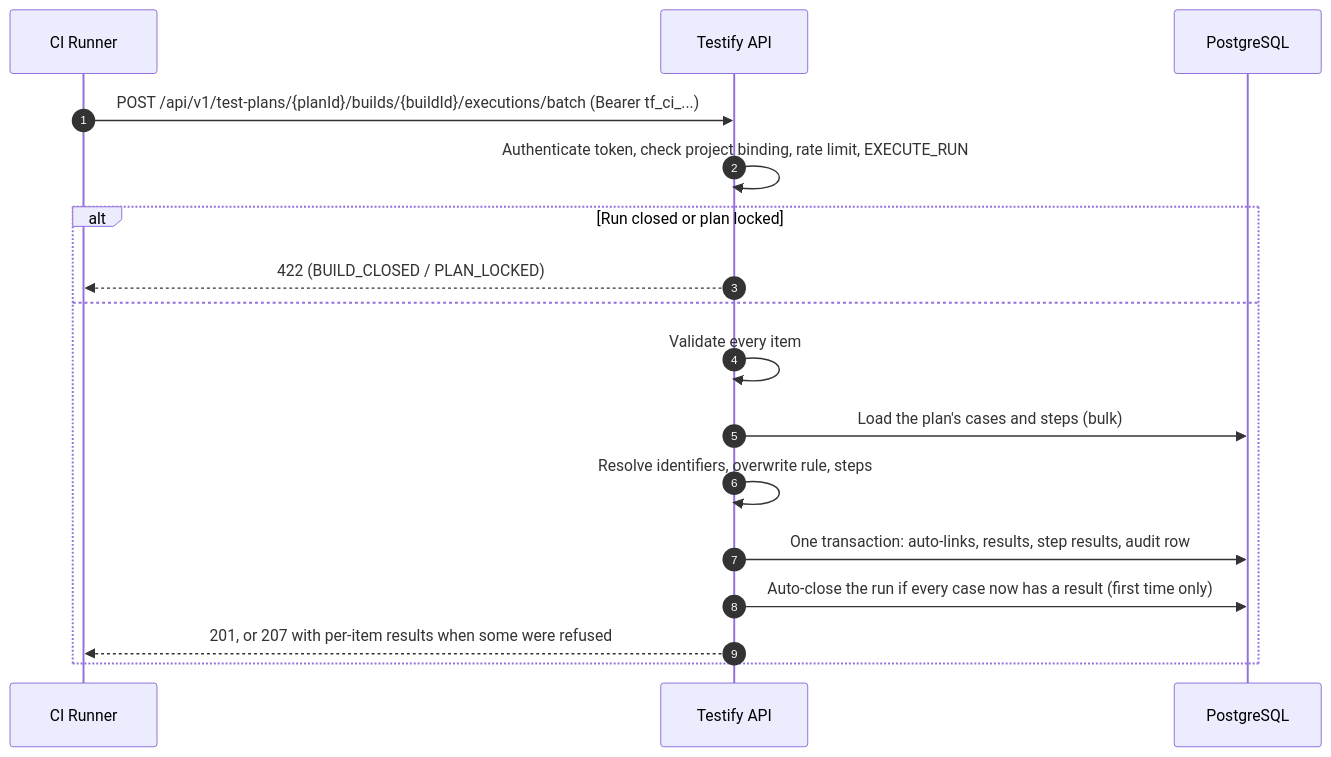
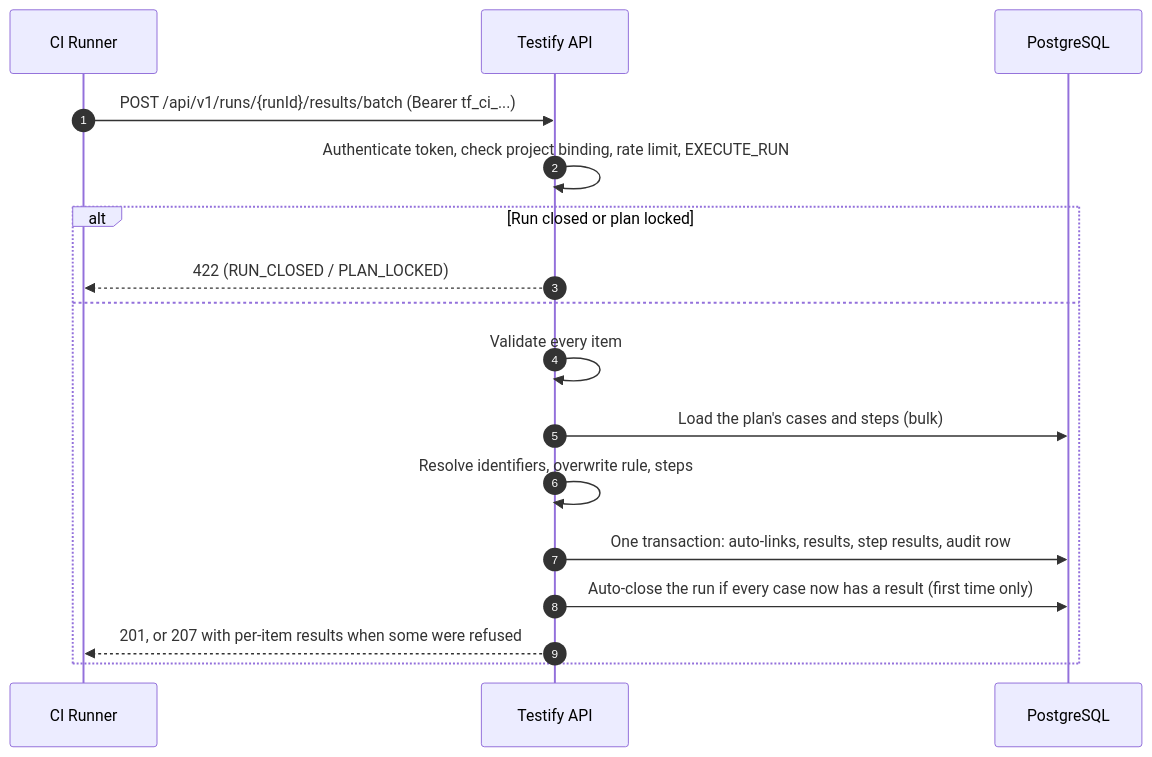
One commit to ElliotNewtonMiller/Testify changed the first of 2 diagrams in docs/rfc_03_api_and_xml_contracts.md. Above: the diagram before and after it, drawn with Mermaid. The commit also changed other lines of this file and 14 other files, not shown here.

````diff
--- a/docs/rfc_03_api_and_xml_contracts.md
+++ b/docs/rfc_03_api_and_xml_contracts.md
@@ -593,20 +474,20 @@
 ```mermaid
 sequenceDiagram
     autonumber
     participant CI as CI Runner
     participant API as Testify API
     participant DB as PostgreSQL
 
-    CI->>API: POST /api/v1/test-plans/{planId}/builds/{buildId}/executions/batch (Bearer tf_ci_...)
+    CI->>API: POST /api/v1/runs/{runId}/results/batch (Bearer tf_ci_...)
     API->>API: Authenticate token, check project binding, rate limit, EXECUTE_RUN
     alt Run closed or plan locked
-        API-->>CI: 422 (BUILD_CLOSED / PLAN_LOCKED)
+        API-->>CI: 422 (RUN_CLOSED / PLAN_LOCKED)
     else
         API->>API: Validate every item
         API->>DB: Load the plan's cases and steps (bulk)
         API->>API: Resolve identifiers, overwrite rule, steps
         API->>DB: One transaction: auto-links, results, step results, audit row
         API->>DB: Auto-close the run if every case now has a result (first time only)
         API-->>CI: 201, or 207 with per-item results when some were refused
     end
 ```
````
